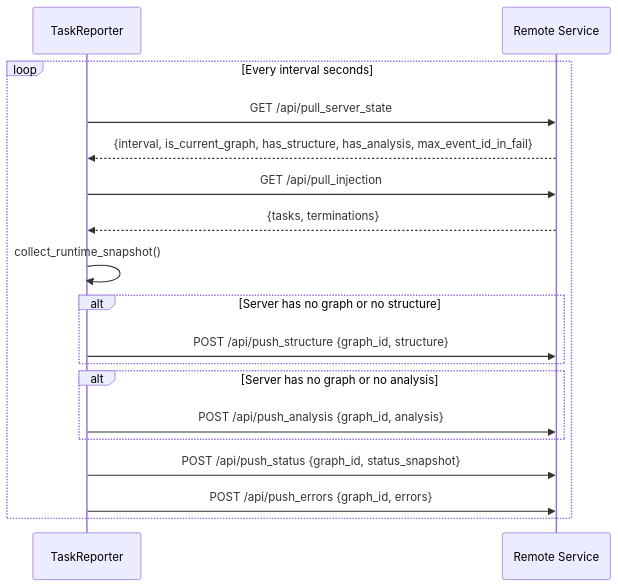
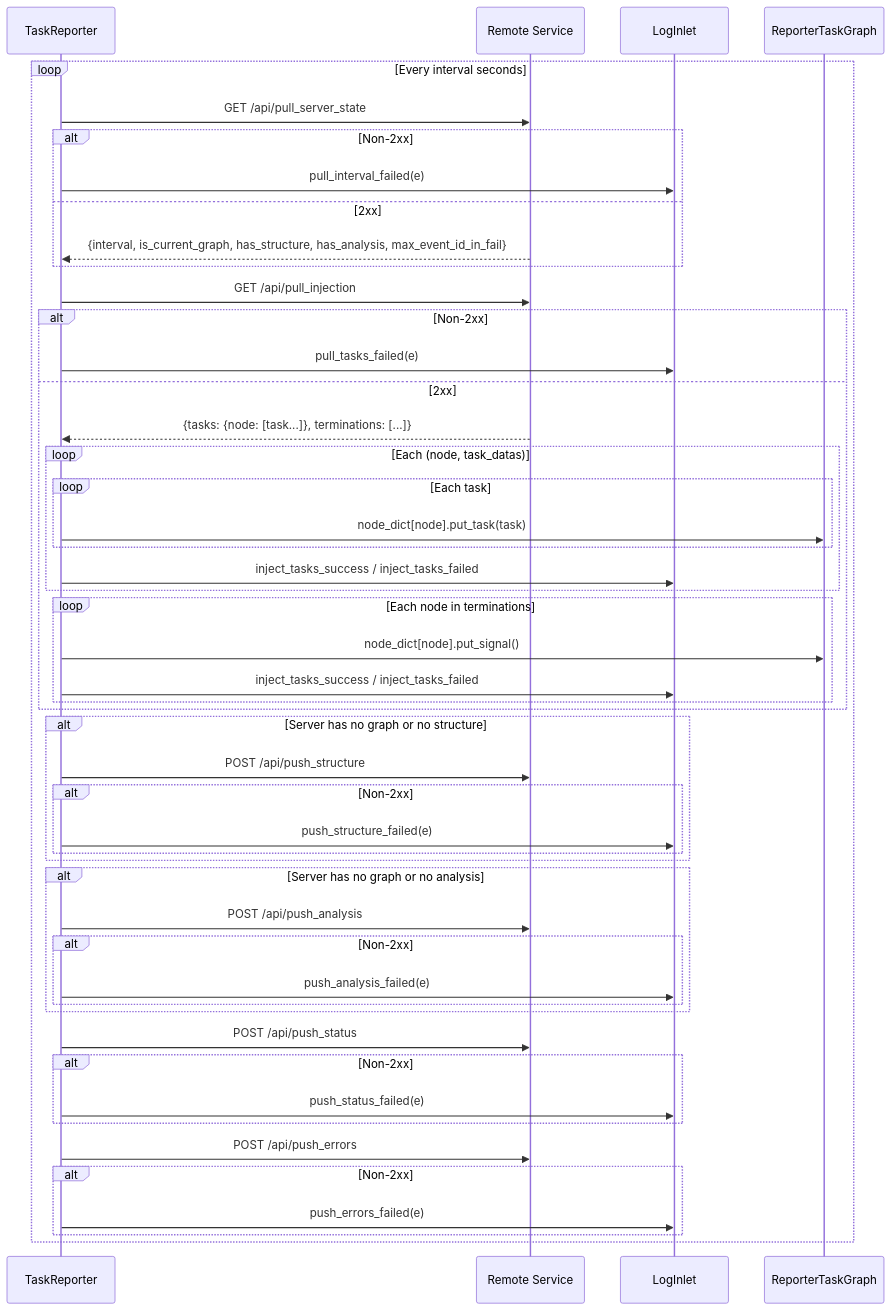
The second of 2 diagrams in docs/en/src/observability/core_report.md (Mr-xiaotian/CelestialFlow), drawn with Mermaid before and after one commit. The commit also changed other lines of this file and 181 other files, not shown here.

````diff
--- a/docs/en/src/observability/core_report.md
+++ b/docs/en/src/observability/core_report.md
@@ -55,25 +312,55 @@
 ```mermaid
 sequenceDiagram
     participant R as TaskReporter
     participant S as Remote Service
+    participant L as LogInlet
+    participant G as ReporterTaskGraph
 
     loop Every interval seconds
         R->>S: GET /api/pull_server_state
-        S-->>R: {interval, is_current_graph, has_structure, has_analysis, max_event_id_in_fail}
+        alt Non-2xx
+            R->>L: pull_interval_failed(e)
+        else 2xx
+            S-->>R: {interval, is_current_graph, has_structure, has_analysis, max_event_id_in_fail}
+        end
 
         R->>S: GET /api/pull_injection
-        S-->>R: {tasks, terminations}
-
-        R->>R: collect_runtime_snapshot()
+        alt Non-2xx
+            R->>L: pull_tasks_failed(e)
+        else 2xx
+            S-->>R: {tasks: {node: [task...]}, terminations: [...]}
+            loop Each (node, task_datas)
+                loop Each task
+                    R->>G: node_dict[node].put_task(task)
+                end
+                R->>L: inject_tasks_success / inject_tasks_failed
+            end
+            loop Each node in terminations
+                R->>G: node_dict[node].put_signal()
+                R->>L: inject_tasks_success / inject_tasks_failed
+            end
+        end
 
         alt Server has no graph or no structure
-            R->>S: POST /api/push_structure {graph_id, structure}
+            R->>S: POST /api/push_structure
+            alt Non-2xx
+                R->>L: push_structure_failed(e)
+            end
         end
         alt Server has no graph or no analysis
-            R->>S: POST /api/push_analysis {graph_id, analysis}
+            R->>S: POST /api/push_analysis
+            alt Non-2xx
+                R->>L: push_analysis_failed(e)
+            end
         end
 
-        R->>S: POST /api/push_status {graph_id, status_snapshot}
-        R->>S: POST /api/push_errors {graph_id, errors}
+        R->>S: POST /api/push_status
+        alt Non-2xx
+            R->>L: push_status_failed(e)
+        end
+        R->>S: POST /api/push_errors
+        alt Non-2xx
+            R->>L: push_errors_failed(e)
+        end
     end
 ```
````
